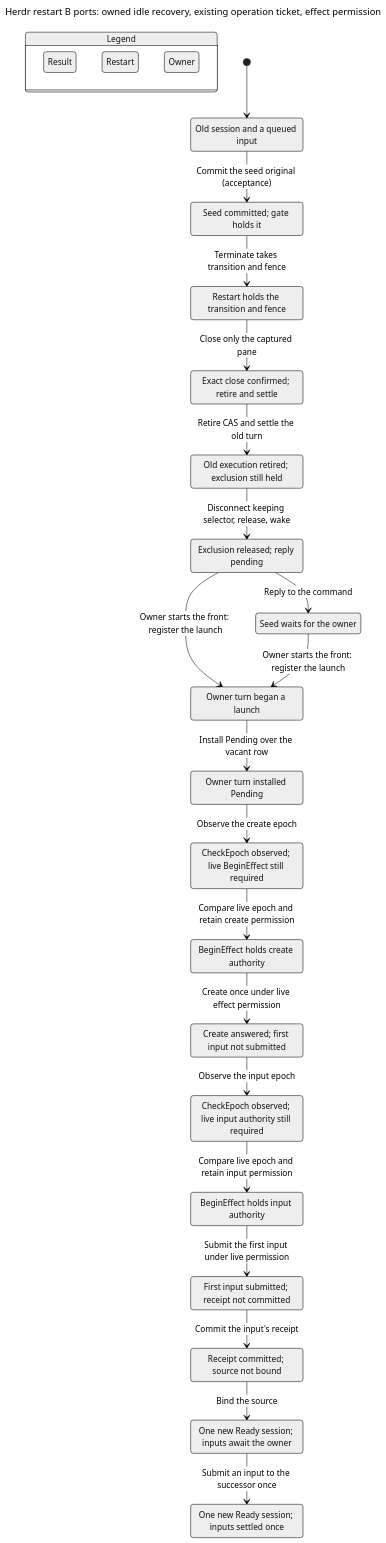
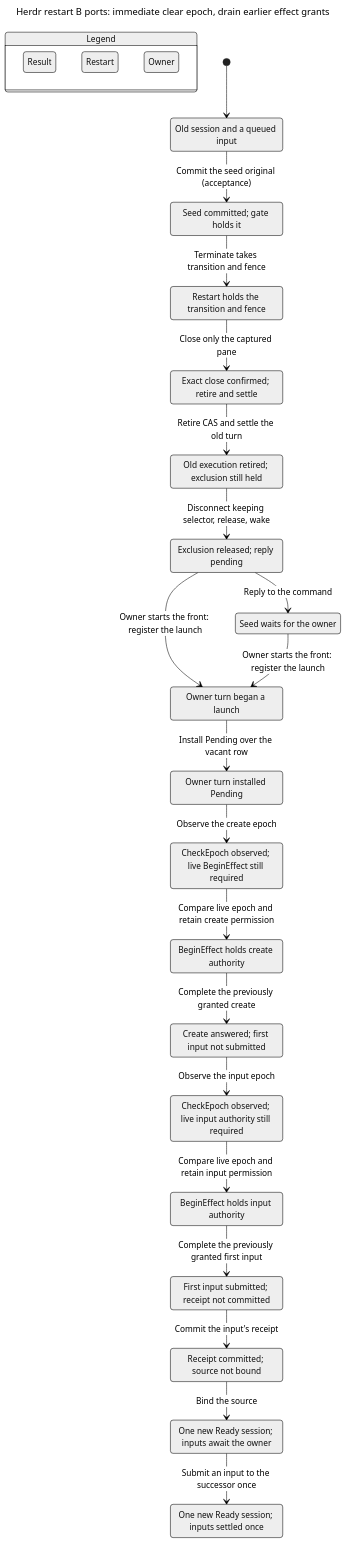
Before and after one commit to itismyfield/AgentDesk: the diagram in docs/statecharts/session-lifecycle/herdr-restart-owner-After.chart.mmd, drawn with Mermaid (neutral theme). The commit also changed 103 other files, not shown here.

Commit message:
docs: align clear grant model and restart split plan

```diff
--- a/docs/statecharts/session-lifecycle/herdr-restart-owner-After.chart.mmd
+++ b/docs/statecharts/session-lifecycle/herdr-restart-owner-After.chart.mmd
@@ -1,58 +1,58 @@
 ---
-title: "Herdr restart B ports: owned idle recovery, existing operation ticket, effect permission"
+title: "Herdr restart B ports: immediate clear epoch, drain earlier effect grants"
 ---
 stateDiagram-v2
   state "Legend" as legend {
     lg0: Result
     lg1: Restart
     lg2: Owner
   }
   class lg0 teal
   class lg1 blue
   class lg2 purple
   s0: Old session and a queued input
   s1: Seed committed#59; gate holds it
   s2: Restart holds the transition and fence
   s3: Exact close confirmed#59; retire and settle
   s4: Old execution retired#59; exclusion still held
   s5: Exclusion released#59; reply pending
   s6: Owner turn began a launch
   s7: Seed waits for the owner
   s8: Owner turn installed Pending
   s9: CheckEpoch observed#59; live BeginEffect still required
   s10: BeginEffect holds create authority
   s11: Create answered#59; first input not submitted
   s12: CheckEpoch observed#59; live input authority still required
   s13: BeginEffect holds input authority
   s14: First input submitted#59; receipt not committed
   s15: Receipt committed#59; source not bound
   s16: One new Ready session#59; inputs await the owner
   s17: One new Ready session#59; inputs settled once
   [*] --> s0
   s0 --> s1: Commit the seed original (acceptance)
   s1 --> s2: Terminate takes transition and fence
   s2 --> s3: Close only the captured pane
   s3 --> s4: Retire CAS and settle the old turn
   s4 --> s5: Disconnect keeping selector, release, wake
   s5 --> s6: Owner starts the front: register the launch
   s5 --> s7: Reply to the command
   s6 --> s8: Install Pending over the vacant row
   s7 --> s6: Owner starts the front: register the launch
   s8 --> s9: Observe the create epoch
   s9 --> s10: Compare live epoch and retain create permission
-  s10 --> s11: Create once under live effect permission
+  s10 --> s11: Complete the previously granted create
   s11 --> s12: Observe the input epoch
   s12 --> s13: Compare live epoch and retain input permission
-  s13 --> s14: Submit the first input under live permission
+  s13 --> s14: Complete the previously granted first input
   s14 --> s15: Commit the input's receipt
   s15 --> s16: Bind the source
   s16 --> s17: Submit an input to the successor once
   class s0 blue
   class s1 blue
   class s2 blue
   class s3 blue
   class s4 blue
   class s5 blue
   class s7 purple
   class s16 teal
   class s17 teal
```
